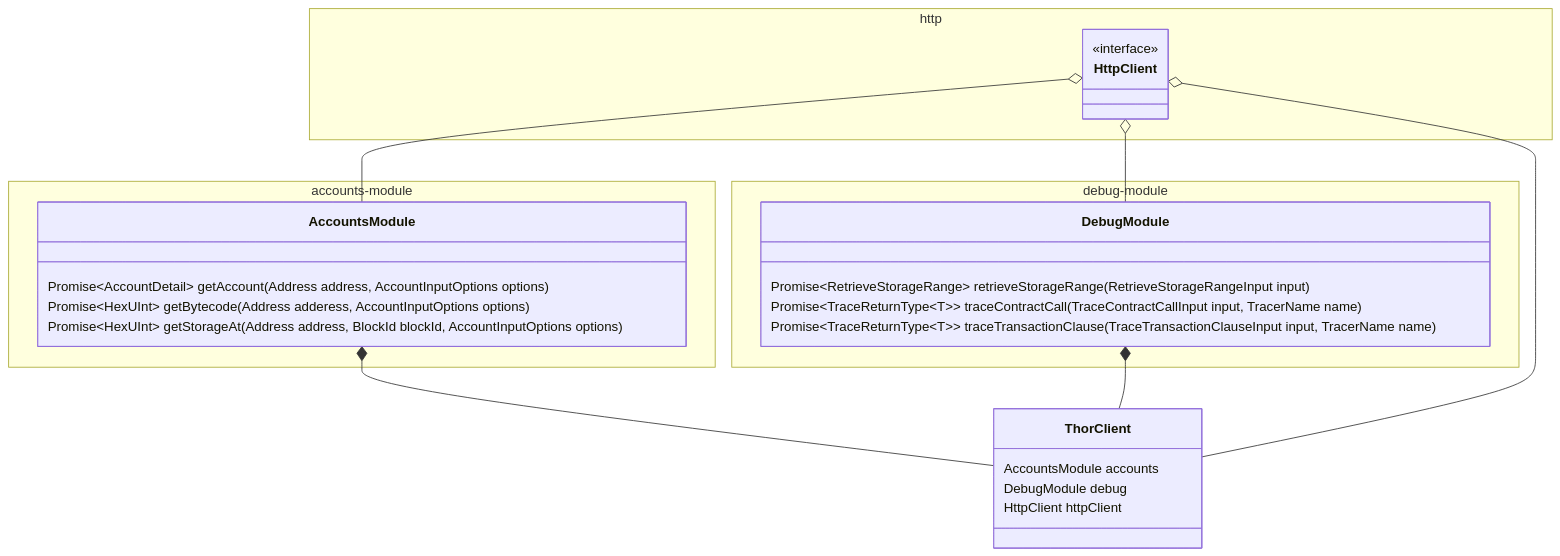
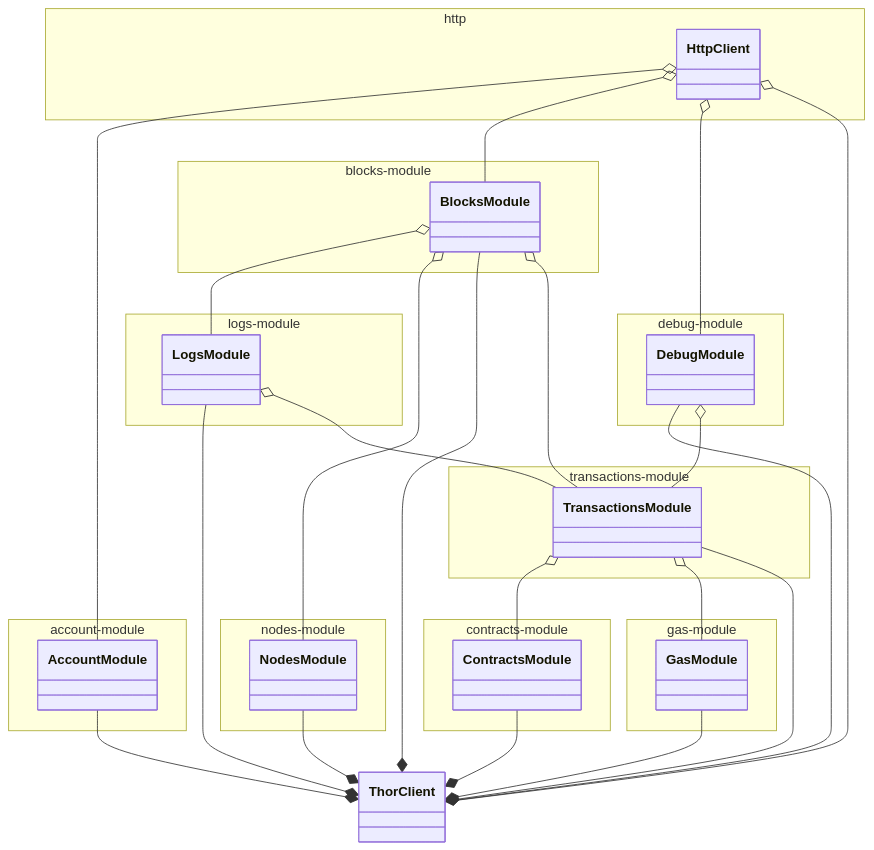
The diagram in docs/diagrams/architecture/thor-client.md (vechain/vechain-sdk-js), drawn with Mermaid before and after one commit. The commit also changed 18 other files, not shown here.

First line of the commit message:
1450 thor client fix circular dependencies (#1514)

````diff
--- a/docs/diagrams/architecture/thor-client.md
+++ b/docs/diagrams/architecture/thor-client.md
@@ -1,33 +1,50 @@
 ```mermaid
 classDiagram
-    namespace accounts-module {
-        class AccountsModule {
-            Promise~AccountDetail~ getAccount(Address address, AccountInputOptions options)
-            Promise~HexUInt~ getBytecode(Address adderess, AccountInputOptions options)
-            Promise~HexUInt~ getStorageAt(Address address, BlockId blockId, AccountInputOptions options)
-        }
+    namespace http {
+        class HttpClient
+    }
+    namespace account-module {
+        class AccountModule
+    }
+    namespace blocks-module {
+        class BlocksModule
+    }
+    namespace contracts-module {
+        class ContractsModule
     }
     namespace debug-module {
-        class DebugModule {
-            Promise~RetrieveStorageRange~ retrieveStorageRange(RetrieveStorageRangeInput input)
-            Promise~TraceReturnType~T~~ traceContractCall(TraceContractCallInput input, TracerName name)
-            Promise~TraceReturnType~T~~ traceTransactionClause(TraceTransactionClauseInput input, TracerName name)
-        }
+        class DebugModule
     }
-    namespace http {
-        class HttpClient {
-            <<interface>>
-        }
+    namespace gas-module {
+        class GasModule
     }
-    class ThorClient {
-        AccountsModule accounts
-        DebugModule debug
-        HttpClient httpClient
-        
+    namespace logs-module {
+        class LogsModule
     }
-    AccountsModule *-- ThorClient
-    DebugModule *-- ThorClient
-    HttpClient o-- AccountsModule
+    namespace nodes-module {
+        class NodesModule
+    }
+    namespace transactions-module {
+        class TransactionsModule
+    }
+    class ThorClient
+    AccountModule --* ThorClient
+    BlocksModule o-- LogsModule
+    BlocksModule o-- NodesModule
+    BlocksModule --* ThorClient
+    BlocksModule o-- TransactionsModule
+    ContractsModule --* ThorClient
+    DebugModule --* ThorClient
+    DebugModule o-- TransactionsModule
+    GasModule --* ThorClient
+    HttpClient o-- AccountModule
+    HttpClient o-- BlocksModule
     HttpClient o-- DebugModule
     HttpClient o-- ThorClient
+    LogsModule --* ThorClient
+    LogsModule o-- TransactionsModule
+    NodesModule --* ThorClient
+    TransactionsModule o-- ContractsModule
+    TransactionsModule o-- GasModule
+    TransactionsModule --* ThorClient
 ```
````
